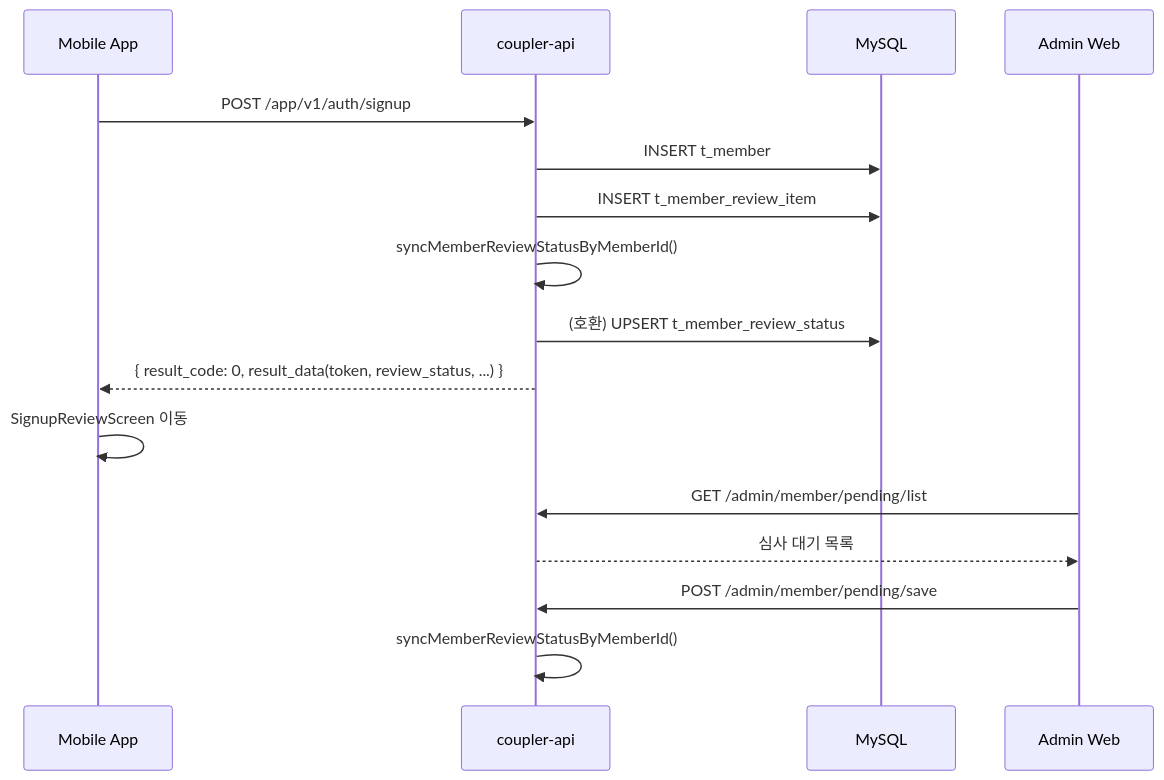
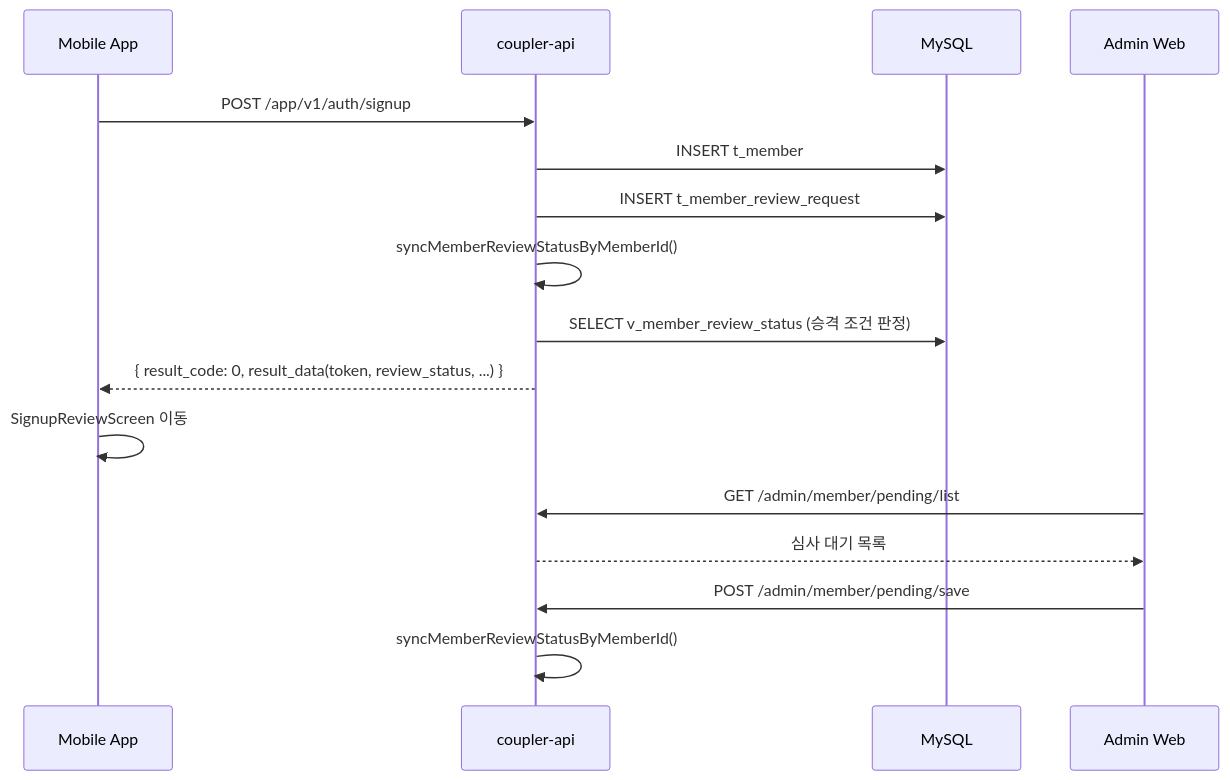
One commit to coupler-developer/docs changed the diagram in content/flows/cross-project/user-registration-flow.md. Above: the diagram before and after it, drawn with Mermaid. The commit also changed other lines of this file and 6 other files, not shown here.

````diff
--- a/content/flows/cross-project/user-registration-flow.md
+++ b/content/flows/cross-project/user-registration-flow.md
@@ -15,19 +15,19 @@
 ```mermaid
 sequenceDiagram
     participant App as Mobile App
     participant API as coupler-api
     participant DB as MySQL
     participant Admin as Admin Web
 
     App->>API: POST /app/v1/auth/signup
     API->>DB: INSERT t_member
-    API->>DB: INSERT t_member_review_item
+    API->>DB: INSERT t_member_review_request
     API->>API: syncMemberReviewStatusByMemberId()
-    API->>DB: (호환) UPSERT t_member_review_status
+    API->>DB: SELECT v_member_review_status (승격 조건 판정)
     API-->>App: { result_code: 0, result_data(token, review_status, ...) }
     App->>App: SignupReviewScreen 이동
     Admin->>API: GET /admin/member/pending/list
     API-->>Admin: 심사 대기 목록
     Admin->>API: POST /admin/member/pending/save
     API->>API: syncMemberReviewStatusByMemberId()
 ```
````
